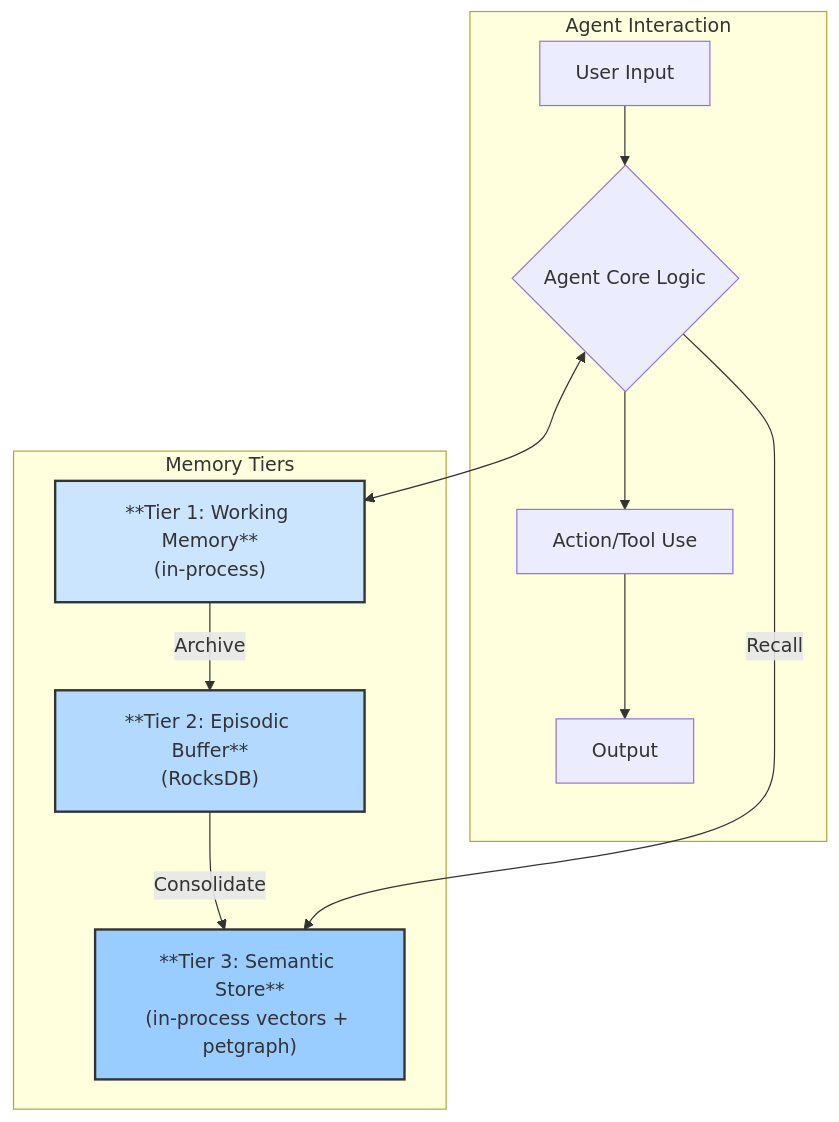
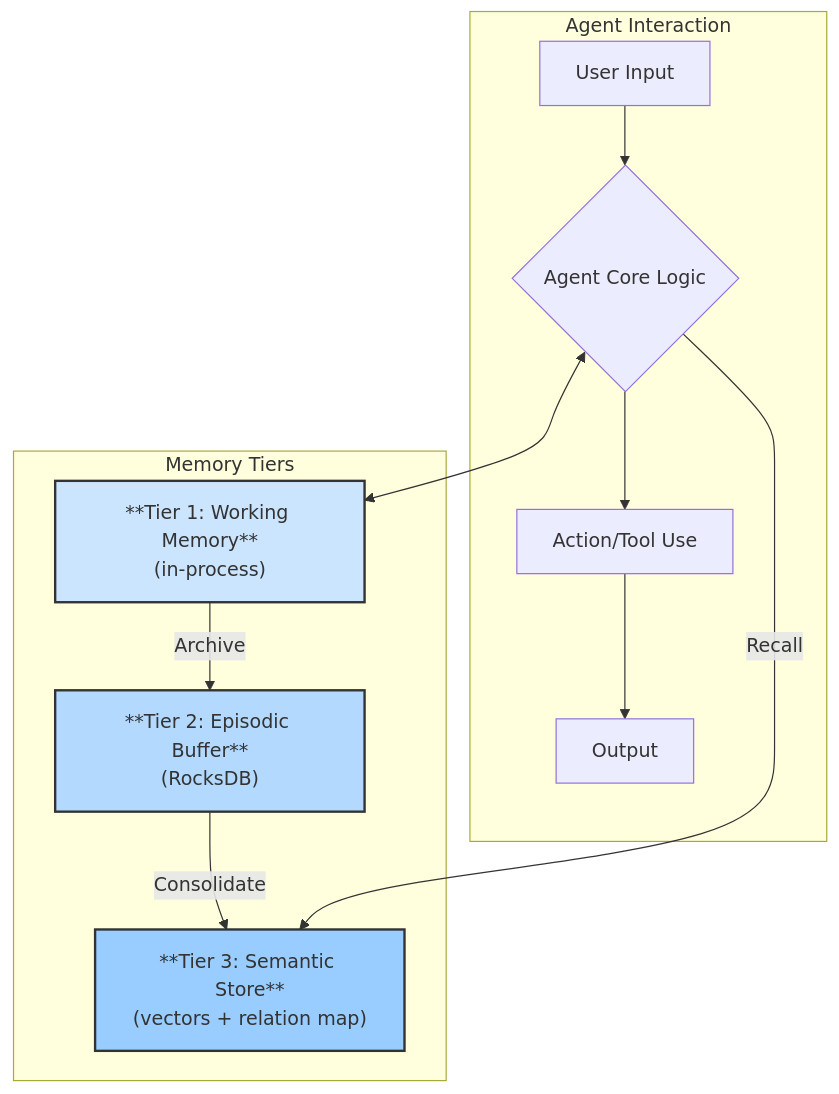
Before and after one commit to yarenty/kowalski: the diagram in kowalski-core/MEMORY_ARCHITECTURE.md, drawn with Mermaid. The commit also changed other lines of this file and 8 other files, not shown here.

````diff
--- a/kowalski-core/MEMORY_ARCHITECTURE.md
+++ b/kowalski-core/MEMORY_ARCHITECTURE.md
@@ -11,23 +11,23 @@
 ```mermaid
 graph TD
     subgraph Agent Interaction
         A[User Input] --> B{Agent Core Logic};
         B --> C[Action/Tool Use];
         C --> D[Output];
     end
 
     subgraph Memory Tiers
         T1["**Tier 1: Working Memory**<br>(in-process)"]
         T2["**Tier 2: Episodic Buffer**<br>(RocksDB)"]
-        T3["**Tier 3: Semantic Store**<br>(in-process vectors + petgraph)"]
+        T3["**Tier 3: Semantic Store**<br>(vectors + relation map)"]
     end
 
     B <--> T1;
     T1 -- Archive --> T2;
     T2 -- Consolidate --> T3;
     B -- Recall --> T3;
 
     style T1 fill:#cce5ff,stroke:#333,stroke-width:2px
     style T2 fill:#b3d9ff,stroke:#333,stroke-width:2px
     style T3 fill:#99ccff,stroke:#333,stroke-width:2px
 ```
````
